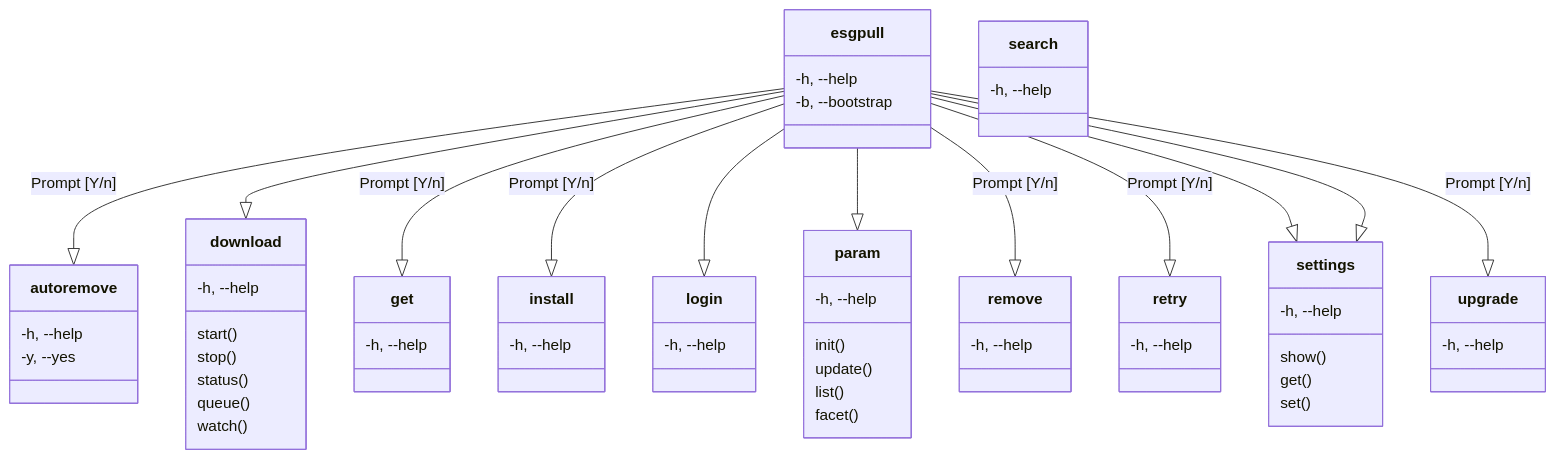
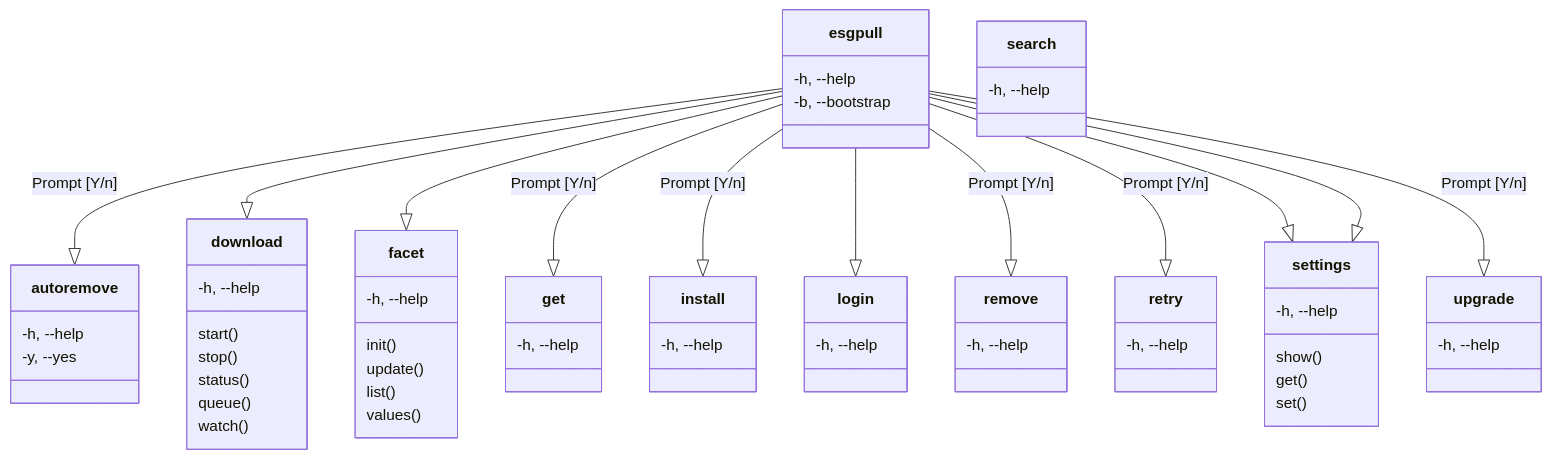
Before and after one commit to ESGF/esgf-download: the diagram in README.md, drawn with Mermaid. The commit also changed other lines of this file and 3 other files, not shown here.

First line of the commit message:
cli: impl retry, param -> facet, fixes

````diff
--- a/README.md
+++ b/README.md
@@ -48,75 +48,75 @@
 ```mermaid
 classDiagram
   class esgpull {
     -h, --help
     -b, --bootstrap
   }
 
   class autoremove {
     -h, --help
     -y, --yes
   }
   esgpull --|> autoremove: Prompt [Y/n]
   
   class download {
     -h, --help
     start()
     stop()
     status()
     queue()
     watch()
   }
   esgpull --|> download
 
+  class facet {
+    -h, --help
+    init()
+    update()
+    list()
+    values()
+  }
+  esgpull --|> facet
+
   class get {
     -h, --help
   }
   esgpull --|> get: Prompt [Y/n]
 
   class install {
     -h, --help
   }
   esgpull --|> install: Prompt [Y/n]
 
   class login {
     -h, --help
   }
   esgpull --|> login
-
-  class param {
-    -h, --help
-    init()
-    update()
-    list()
-    facet()
-  }
-  esgpull --|> param
 
   class remove {
     -h, --help
   }
   esgpull --|> remove: Prompt [Y/n]
 
   class retry {
     -h, --help
   }
   esgpull --|> retry: Prompt [Y/n]
 
   class search {
     -h, --help
   }
   esgpull --|> settings
 
   class settings {
     -h, --help
     show()
     get()
     set()
   }
   esgpull --|> settings
 
   class upgrade {
     -h, --help
   }
   esgpull --|> upgrade: Prompt [Y/n]
 ```
````
